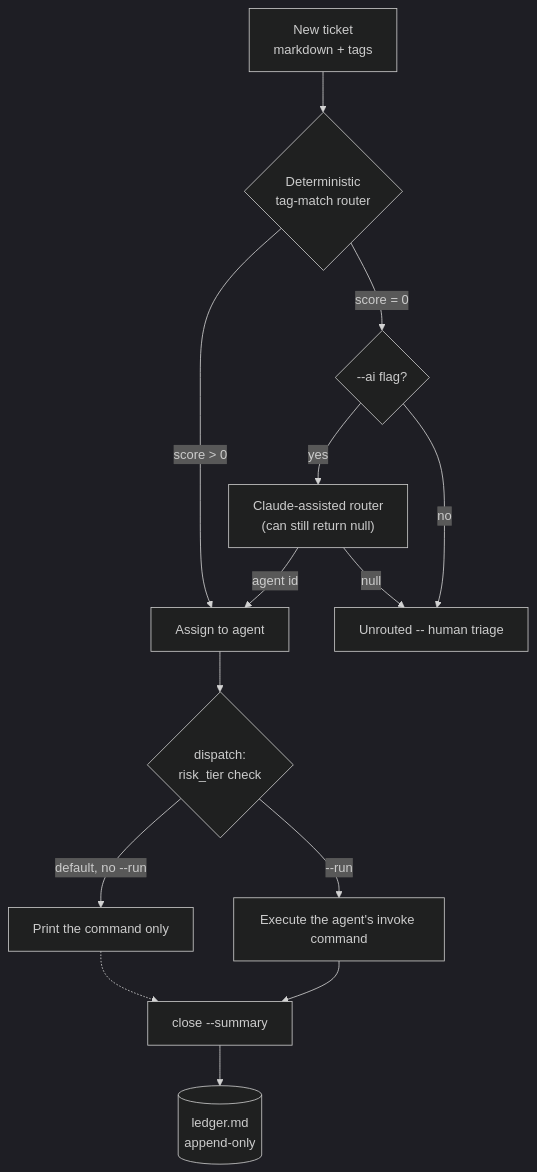
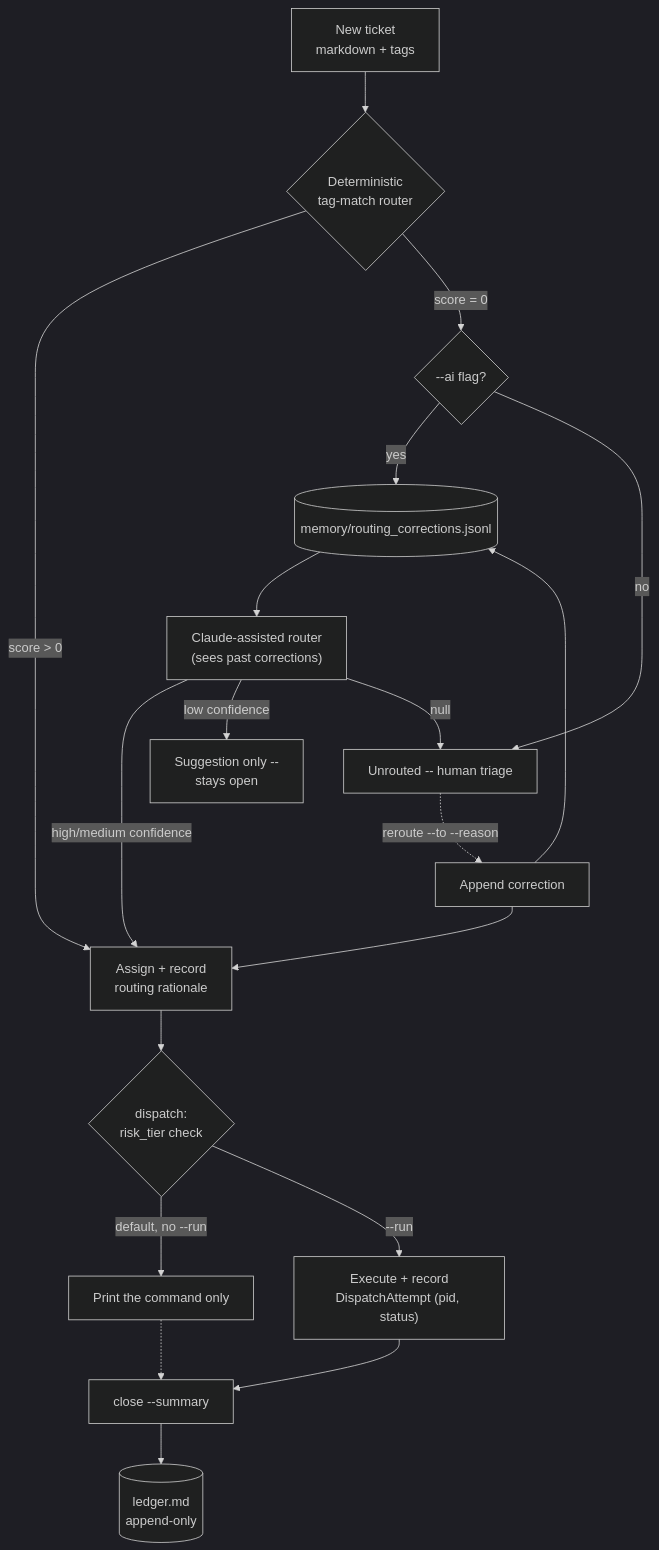
The diagram in README.md (PlainJane20/switchboard), drawn with Mermaid (dark theme) before and after one commit. The commit also changed other lines of this file and 20 other files, not shown here.

````diff
--- a/README.md
+++ b/README.md
@@ -55,16 +71,21 @@
 ```mermaid
 flowchart TD
     Ticket["New ticket<br/>markdown + tags"] --> Router{"Deterministic<br/>tag-match router"}
-    Router -->|"score > 0"| Assign["Assign to agent"]
+    Router -->|"score > 0"| Assign["Assign + record<br/>routing rationale"]
     Router -->|"score = 0"| AIGate{"--ai flag?"}
-    AIGate -->|yes| AIRouter["Claude-assisted router<br/>(can still return null)"]
+    AIGate -->|yes| Memory[("memory/routing_corrections.jsonl")]
+    Memory --> AIRouter["Claude-assisted router<br/>(sees past corrections)"]
     AIGate -->|no| Human["Unrouted -- human triage"]
-    AIRouter -->|"agent id"| Assign
+    AIRouter -->|"high/medium confidence"| Assign
+    AIRouter -->|"low confidence"| Suggest["Suggestion only --<br/>stays open"]
     AIRouter -->|"null"| Human
+    Human -.->|"reroute --to --reason"| Correction["Append correction"]
+    Correction --> Memory
+    Correction --> Assign
     Assign --> Dispatch{"dispatch:<br/>risk_tier check"}
     Dispatch -->|"default, no --run"| Print["Print the command only"]
-    Dispatch -->|"--run"| Run["Execute the agent's invoke command"]
+    Dispatch -->|"--run"| Run["Execute + record<br/>DispatchAttempt (pid, status)"]
     Print -.-> Close["close --summary"]
     Run --> Close
     Close --> Ledger[("ledger.md<br/>append-only")]
 ```
````
